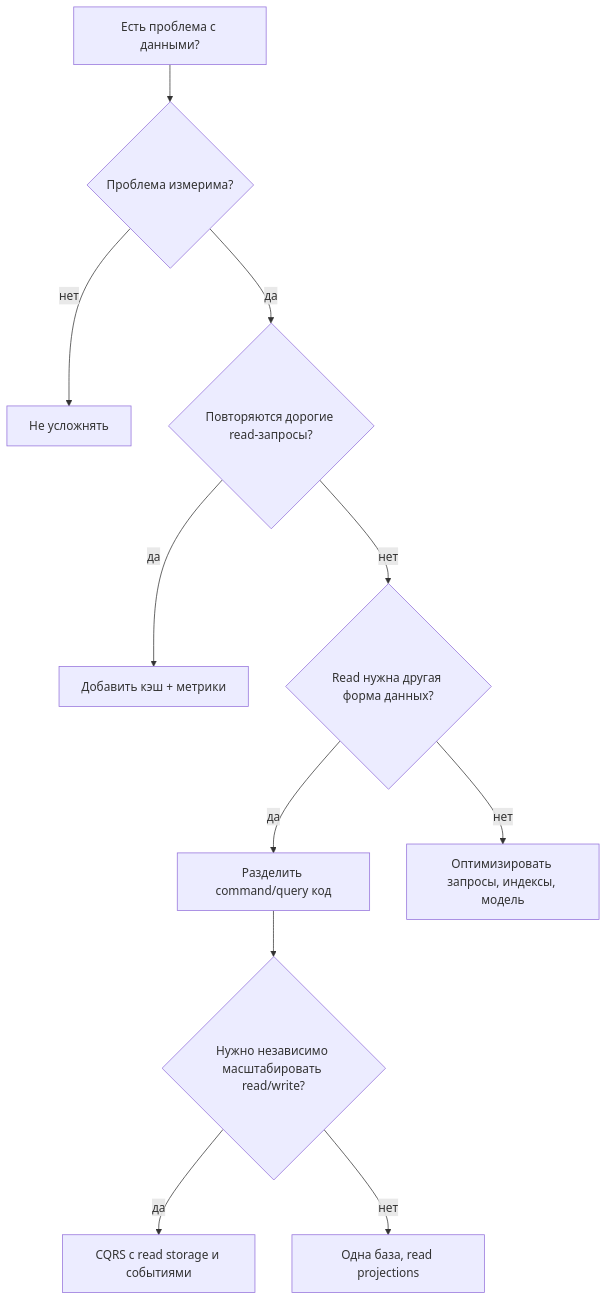
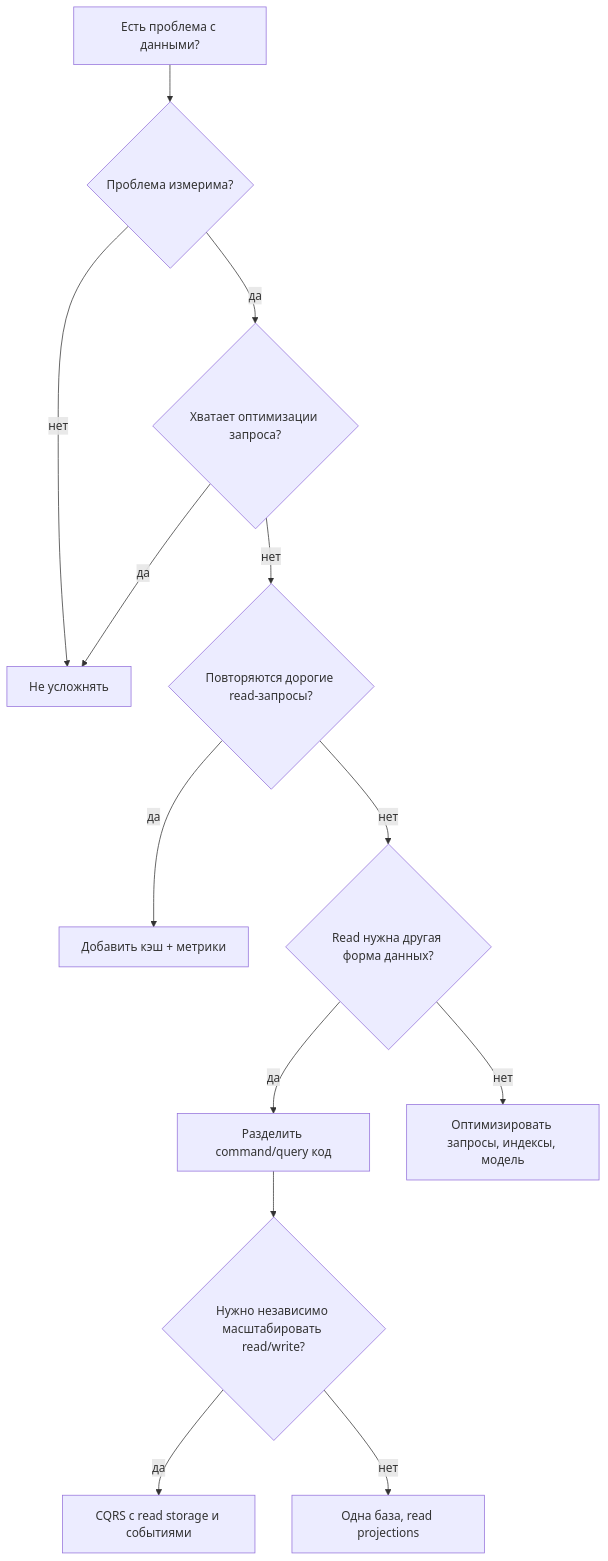
One commit to Kert0n/KPO changed diagram 19 of 19 in content/lectures/Lec13/vitepress.md. Above: the diagram before and after it, drawn with Mermaid. The commit also changed other lines of this file, not shown here.

````diff
--- a/content/lectures/Lec13/vitepress.md
+++ b/content/lectures/Lec13/vitepress.md
@@ -1840,13 +1904,15 @@
 ```mermaid
 flowchart TD
     Start["Есть проблема с данными?"] --> NoProblem{"Проблема измерима?"}
     NoProblem -->|"нет"| Simple["Не усложнять"]
-    NoProblem -->|"да"| Repeated{"Повторяются дорогие read-запросы?"}
+    NoProblem -->|"да"| Tune{"Хватает оптимизации запроса?"}
+    Tune -->|"да"| Simple
+    Tune -->|"нет"| Repeated{"Повторяются дорогие read-запросы?"}
     Repeated -->|"да"| Cache["Добавить кэш + метрики"]
     Repeated -->|"нет"| Shape{"Read нужна другая форма данных?"}
     Shape -->|"да"| CqrsLight["Разделить command/query код"]
     Shape -->|"нет"| Optimize["Оптимизировать запросы, индексы, модель"]
     CqrsLight --> Scale{"Нужно независимо масштабировать read/write?"}
     Scale -->|"да"| CqrsFull["CQRS с read storage и событиями"]
     Scale -->|"нет"| OneDb["Одна база, read projections"]
 ```
````
